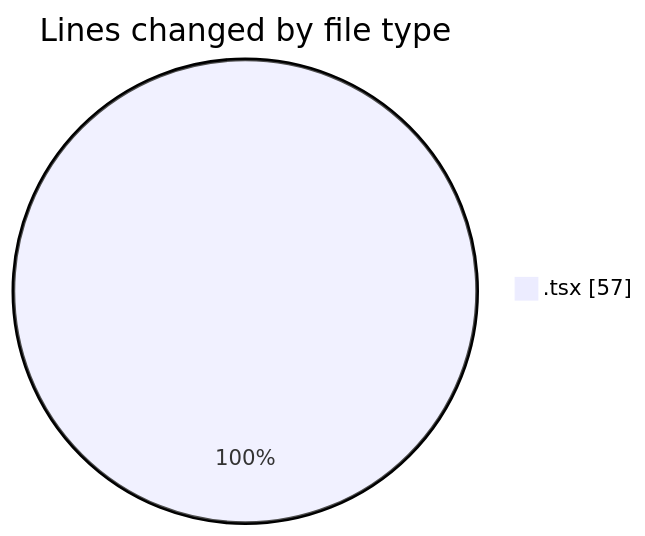
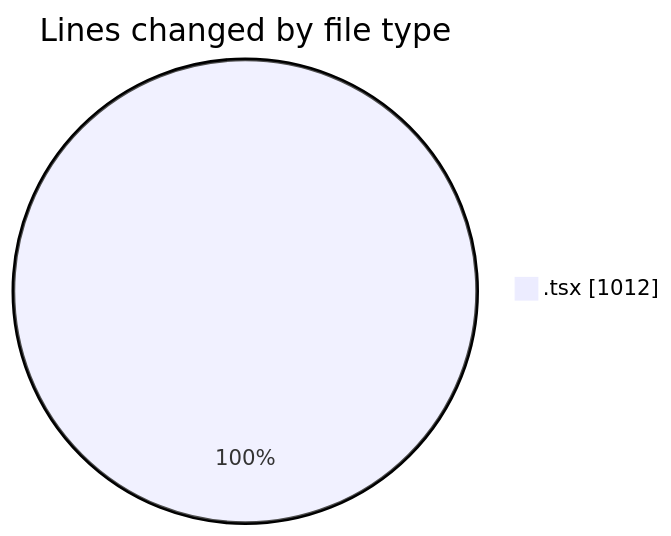
Before and after one commit to julien-gomy/code-tracking: the first of 2 diagrams in 2025-10-31/eventscop-frontend-guide__workspace_/README.md, drawn with Mermaid. The commit also changed other lines of this file and 1 other file, not shown here.

````diff
--- a/2025-10-31/eventscop-frontend-guide__workspace_/README.md
+++ b/2025-10-31/eventscop-frontend-guide__workspace_/README.md
@@ -21,5 +25,5 @@
 ```mermaid
 pie showData
 title Lines changed by file type
-".tsx" : 57
+".tsx" : 1012
 ```
````
